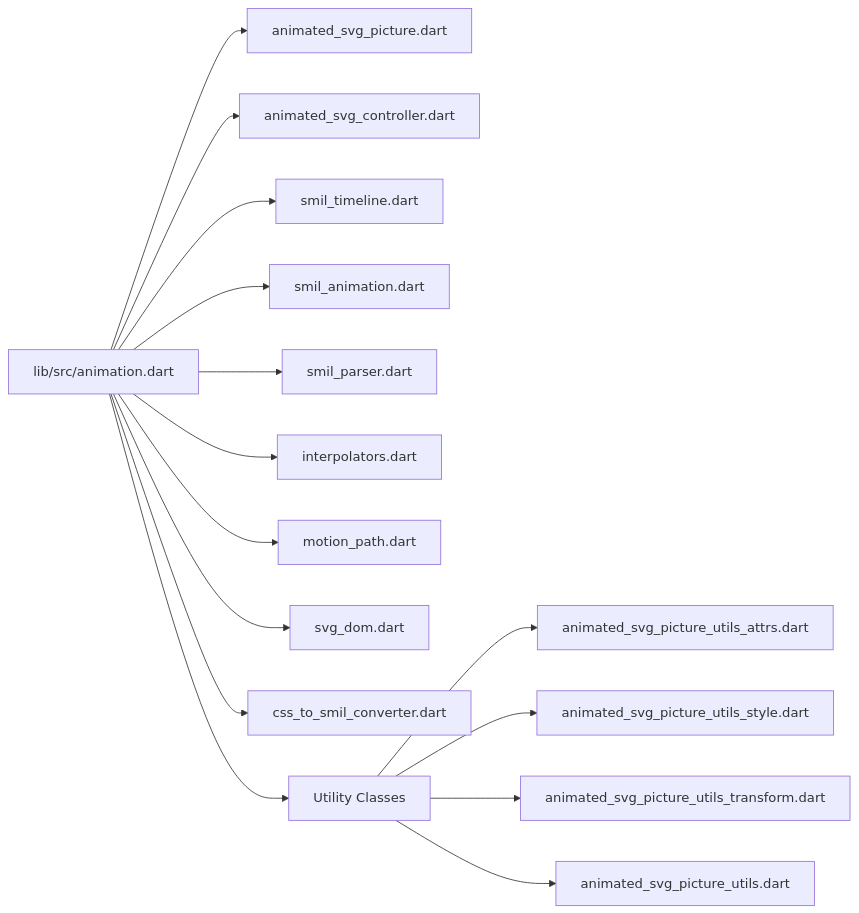
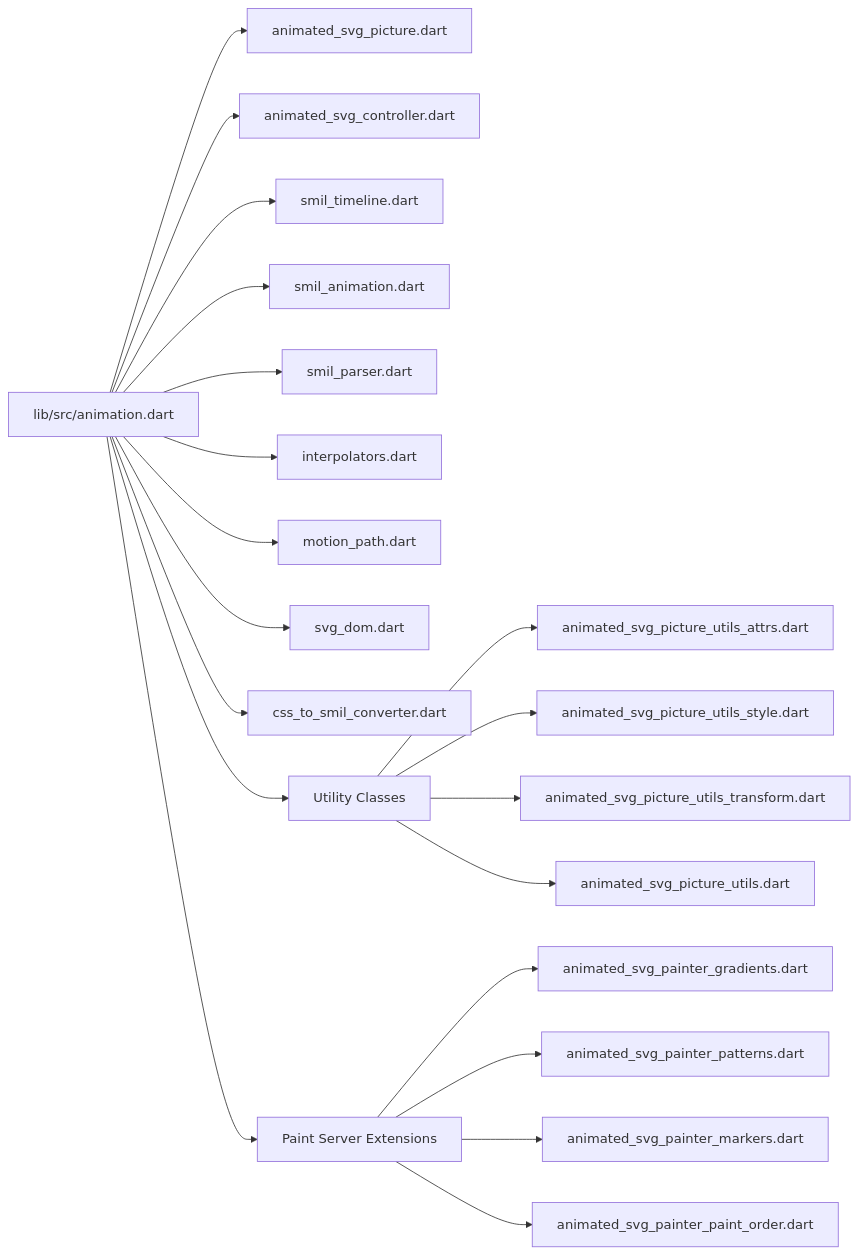
Diagram 22 of 22 in .qoder/repowiki/en/content/Animated SVG Support/Animated SVG Support.md (denisnadey/flutter_full_svg_support), drawn with Mermaid before and after one commit. The commit also changed other lines of this file and 86 other files, not shown here.

````diff
--- a/.qoder/repowiki/en/content/Animated SVG Support/Animated SVG Support.md
+++ b/.qoder/repowiki/en/content/Animated SVG Support/Animated SVG Support.md
@@ -661,17 +939,22 @@
 ```mermaid
 graph LR
 Export["lib/src/animation.dart"] --> Widget["animated_svg_picture.dart"]
 Export --> Controller["animated_svg_controller.dart"]
 Export --> Timeline["smil_timeline.dart"]
 Export --> Animation["smil_animation.dart"]
 Export --> Parser["smil_parser.dart"]
 Export --> Interp["interpolators.dart"]
 Export --> Motion["motion_path.dart"]
 Export --> Dom["svg_dom.dart"]
 Export --> CssConv["css_to_smil_converter.dart"]
 Export --> Utils["Utility Classes"]
+Export --> PaintServers["Paint Server Extensions"]
+PaintServers --> Gradients["animated_svg_painter_gradients.dart"]
+PaintServers --> Patterns["animated_svg_painter_patterns.dart"]
+PaintServers --> Markers["animated_svg_painter_markers.dart"]
+PaintServers --> PaintOrder["animated_svg_painter_paint_order.dart"]
 Utils --> Attrs["animated_svg_picture_utils_attrs.dart"]
 Utils --> Style["animated_svg_picture_utils_style.dart"]
 Utils --> Transform["animated_svg_picture_utils_transform.dart"]
 Utils --> Core["animated_svg_picture_utils.dart"]
 ```
````
